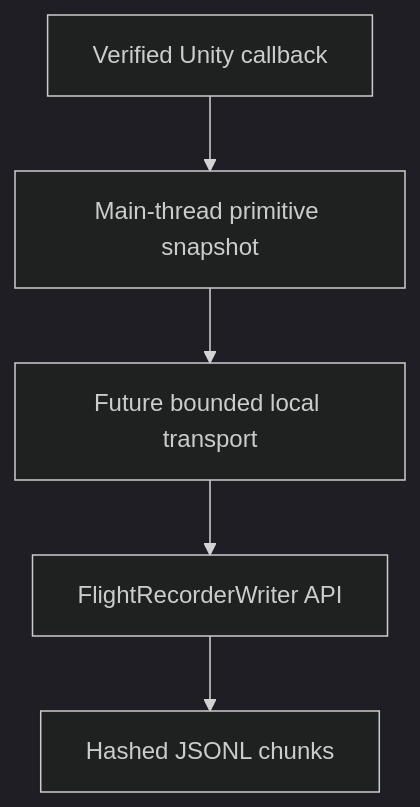
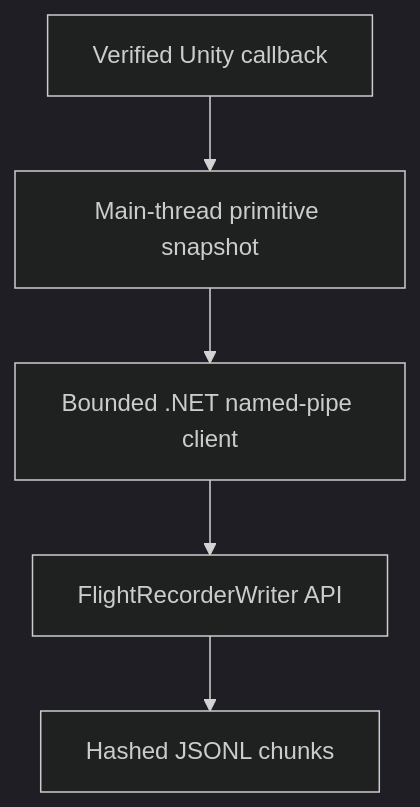
The diagram in docs/FLIGHT_RECORDER_WRITER_SPEC.md (QuantumPickleJar/AoTTG-localBots), drawn with Mermaid (dark theme) before and after one commit. The commit also changed other lines of this file and 18 other files, not shown here.

Commit message:
Add bounded Flight Recorder transport bridge

````diff
--- a/docs/FLIGHT_RECORDER_WRITER_SPEC.md
+++ b/docs/FLIGHT_RECORDER_WRITER_SPEC.md
@@ -9,7 +9,7 @@
 ```mermaid
 flowchart TD
     A[Verified Unity callback] --> B[Main-thread primitive snapshot]
-    B --> C[Future bounded local transport]
+    B --> C[Bounded .NET named-pipe client]
     C --> D[FlightRecorderWriter API]
     D --> E[Hashed JSONL chunks]
 ```
````
